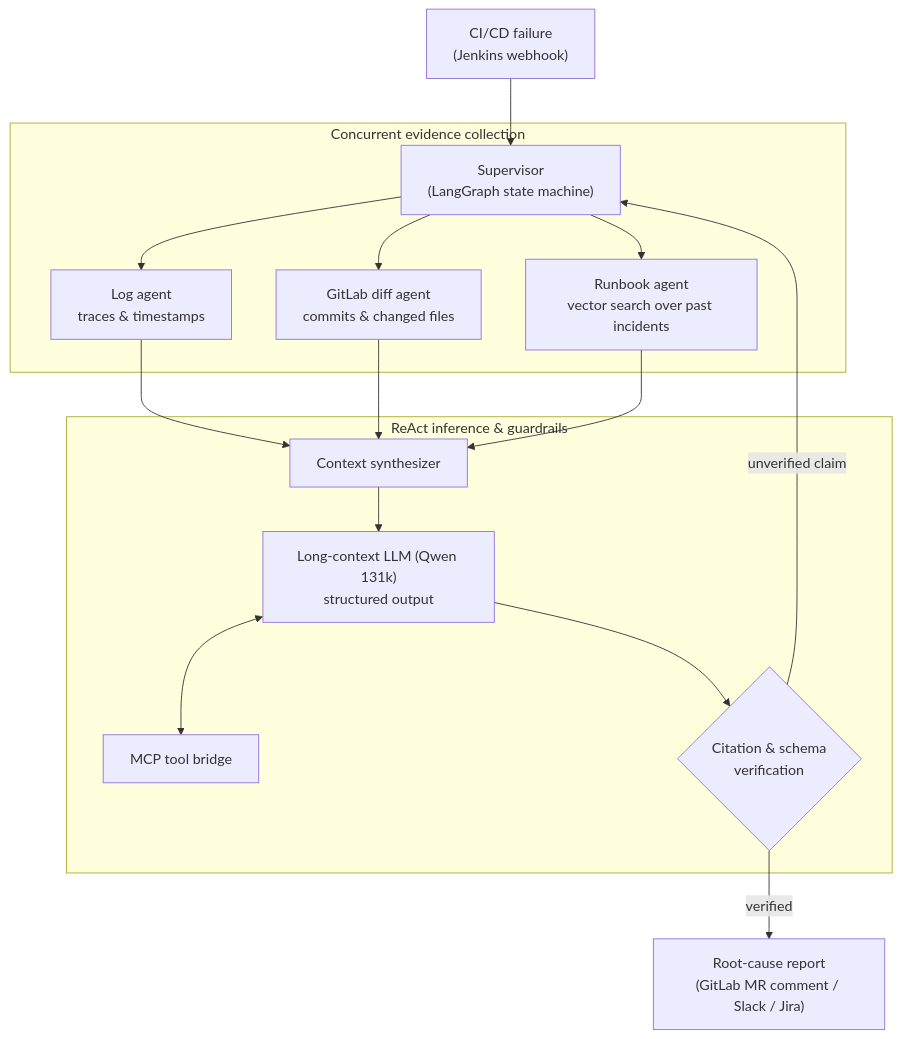
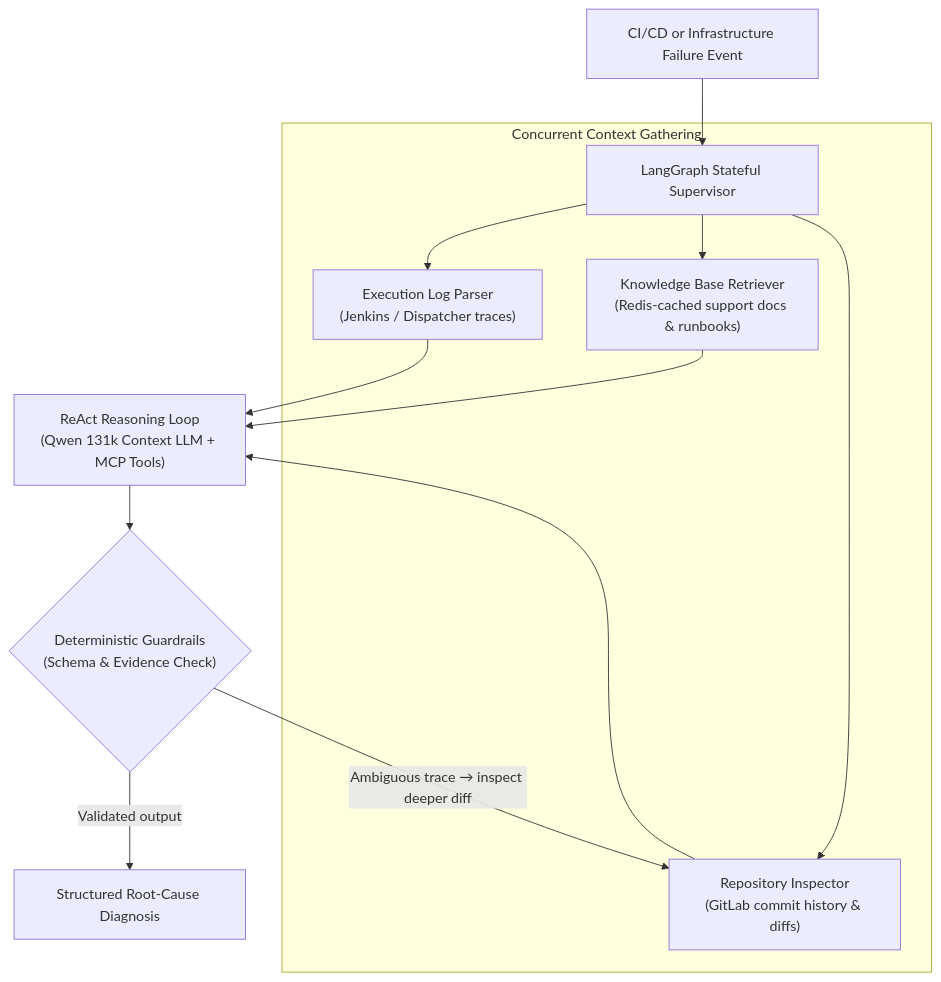
The diagram in docs/projects/orion-ai.md (oredondo/oredondo.github.io), drawn with Mermaid before and after one commit. The commit also changed other lines of this file and 30 other files, not shown here.

````diff
--- a/docs/projects/orion-ai.md
+++ b/docs/projects/orion-ai.md
@@ -38,23 +36,16 @@
 ```mermaid
 flowchart TD
-    Trigger["CI/CD failure<br/>(Jenkins webhook)"] --> Supervisor["Supervisor<br/>(LangGraph state machine)"]
+    Trigger["CI/CD or Infrastructure Failure Event"] --> Orchestrator["LangGraph Stateful Supervisor"]
 
-    subgraph Gather["Concurrent evidence collection"]
-        Supervisor --> Logs["Log agent<br/>traces & timestamps"]
-        Supervisor --> Git["GitLab diff agent<br/>commits & changed files"]
-        Supervisor --> Docs["Runbook agent<br/>vector search over past incidents"]
+    subgraph ParallelEvidence["Concurrent Context Gathering"]
+        Orchestrator --> LogNode["Execution Log Parser<br/>(Jenkins / Dispatcher traces)"]
+        Orchestrator --> DocNode["Knowledge Base Retriever<br/>(Redis-cached support docs & runbooks)"]
+        Orchestrator --> GitNode["Repository Inspector<br/>(GitLab commit history & diffs)"]
     end
 
-    Logs --> Synth["Context synthesizer"]
-    Git --> Synth
-    Docs --> Synth
+    LogNode & DocNode & GitNode --> ReAct["ReAct Reasoning Loop<br/>(Qwen 131k Context LLM + MCP Tools)"]
 
-    subgraph Reason["ReAct inference & guardrails"]
-        Synth --> LLM["Long-context LLM (Qwen 131k)<br/>structured output"]
-        LLM <--> MCP["MCP tool bridge"]
-        LLM --> Check{"Citation & schema<br/>verification"}
-    end
-
-    Check -- "unverified claim" --> Supervisor
-    Check -- "verified" --> Report["Root-cause report<br/>(GitLab MR comment / Slack / Jira)"]
+    ReAct --> Guardrails{"Deterministic Guardrails<br/>(Schema & Evidence Check)"}
+    Guardrails -- "Ambiguous trace → inspect deeper diff" --> GitNode
+    Guardrails -- "Validated output" --> Report["Structured Root-Cause Diagnosis"]
 ```
````
